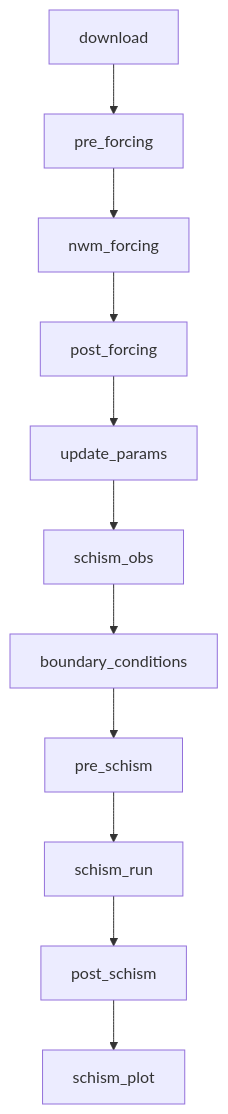
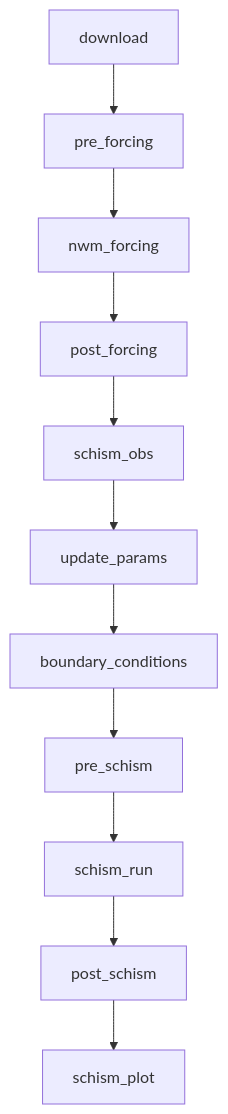
Before and after one commit to NGWPC/nwm-coastal: the first of 3 diagrams in docs/user-guide/workflow-stages.md, drawn with Mermaid. The commit also changed other lines of this file and 8 other files, not shown here.

````diff
--- a/docs/user-guide/workflow-stages.md
+++ b/docs/user-guide/workflow-stages.md
@@ -13,13 +13,13 @@
 ```mermaid
 flowchart TD
     A[download] --> B[pre_forcing]
     B --> C[nwm_forcing]
     C --> D[post_forcing]
-    D --> E[update_params]
-    E --> F[schism_obs]
+    D --> E[schism_obs]
+    E --> F[update_params]
     F --> G[boundary_conditions]
     G --> H[pre_schism]
     H --> I[schism_run]
     I --> J[post_schism]
     J --> K[schism_plot]
 ```
````
